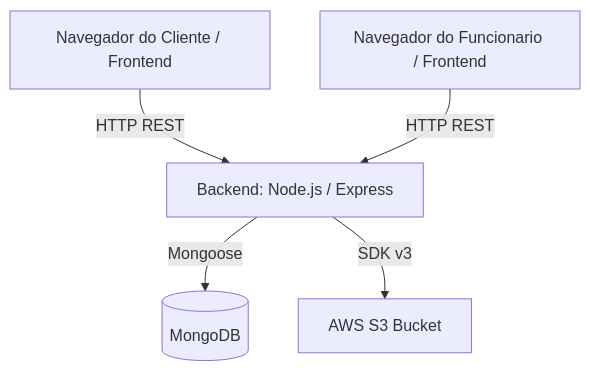
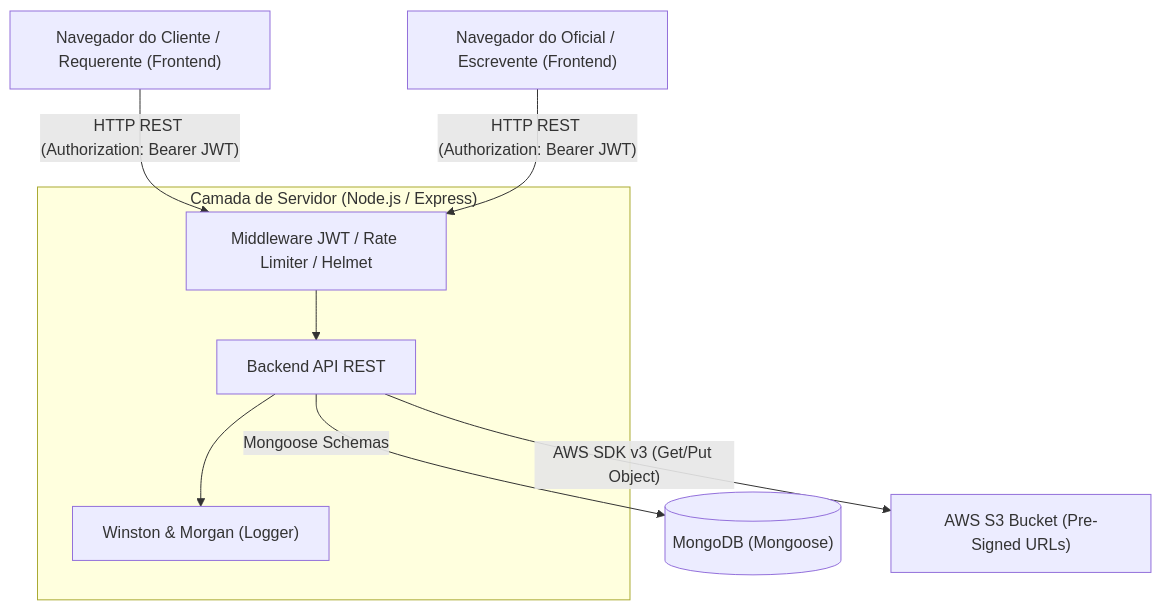
Before and after one commit to Bruno-LimaHG/SIGACRC: the first of 5 diagrams in documentacao_tecnica.md, drawn with Mermaid. The commit also changed other lines of this file and 15 other files, not shown here.

````diff
--- a/documentacao_tecnica.md
+++ b/documentacao_tecnica.md
@@ -20,15 +32,22 @@
 ```mermaid
 graph TD
-    Client[Navegador do Cliente / Frontend]
-    Admin[Navegador do Funcionario / Frontend]
+    Client["Navegador do Cliente / Requerente (Frontend)"]
+    Admin["Navegador do Oficial / Escrevente (Frontend)"]
     
-    API[Backend: Node.js / Express]
-    DB[(MongoDB)]
-    S3[AWS S3 Bucket]
+    subgraph "Camada de Servidor (Node.js / Express)"
+        API["Backend API REST"]
+        Auth["Middleware JWT / Rate Limiter / Helmet"]
+        Logger["Winston & Morgan (Logger)"]
+    end
     
-    Client -- HTTP REST --> API
-    Admin -- HTTP REST --> API
+    DB[("MongoDB (Mongoose)")]
+    S3["AWS S3 Bucket (Pre-Signed URLs)"]
     
-    API -- Mongoose --> DB
-    API -- SDK v3 --> S3
+    Client -- "HTTP REST (Authorization: Bearer JWT)" --> Auth
+    Admin -- "HTTP REST (Authorization: Bearer JWT)" --> Auth
+    Auth --> API
+    API --> Logger
+    
+    API -- "Mongoose Schemas" --> DB
+    API -- "AWS SDK v3 (Get/Put Object)" --> S3
 ```
````
